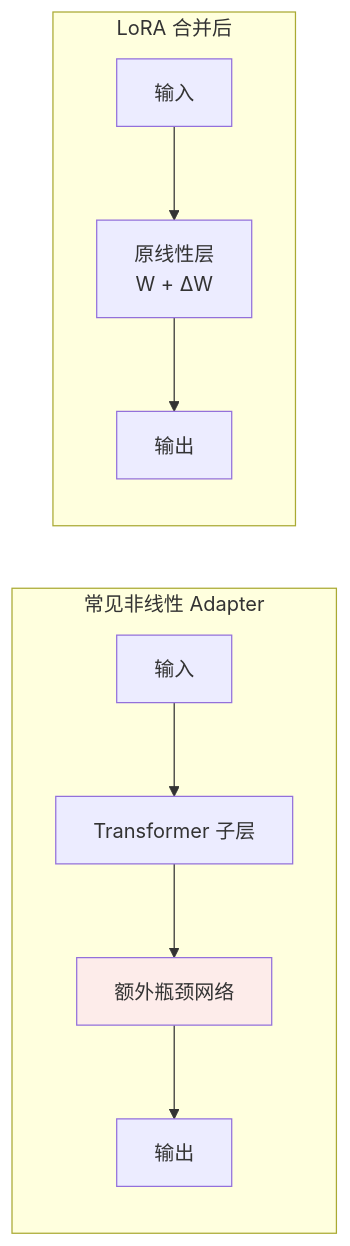
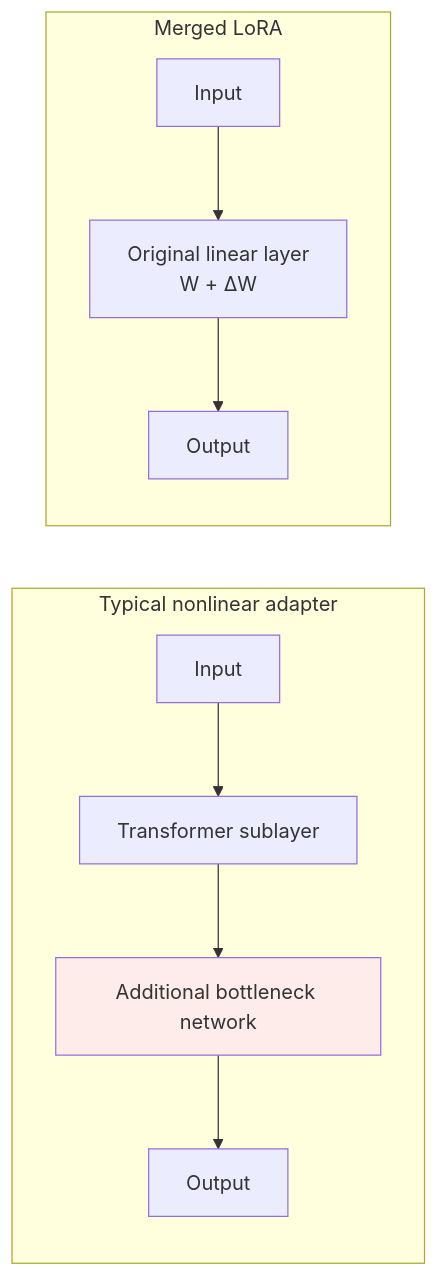
One commit to oneleaveknowsthefall/awesome-ai-roadmap changed the diagram in docs/llm/02-training-alignment/09-lora.md. Above: the diagram before and after it, drawn with Mermaid. The commit also changed other lines of this file and 92 other files, not shown here.

````diff
--- a/docs/llm/02-training-alignment/09-lora.md
+++ b/docs/llm/02-training-alignment/09-lora.md
@@ -106,11 +106,11 @@
 ```mermaid
 flowchart LR
-    subgraph AD["常见非线性 Adapter"]
-        X1["输入"] --> L1["Transformer 子层"] --> AD1["额外瓶颈网络"] --> O1["输出"]
+    subgraph AD["Typical nonlinear adapter"]
+        X1["Input"] --> L1["Transformer sublayer"] --> AD1["Additional bottleneck network"] --> O1["Output"]
     end
-    subgraph LR2["LoRA 合并后"]
-        X2["输入"] --> M1["原线性层<br/>W + ΔW"] --> O2["输出"]
+    subgraph LR2["Merged LoRA"]
+        X2["Input"] --> M1["Original linear layer<br/>W + ΔW"] --> O2["Output"]
     end
 
     style AD1 fill:#fdecea
 ```
````
